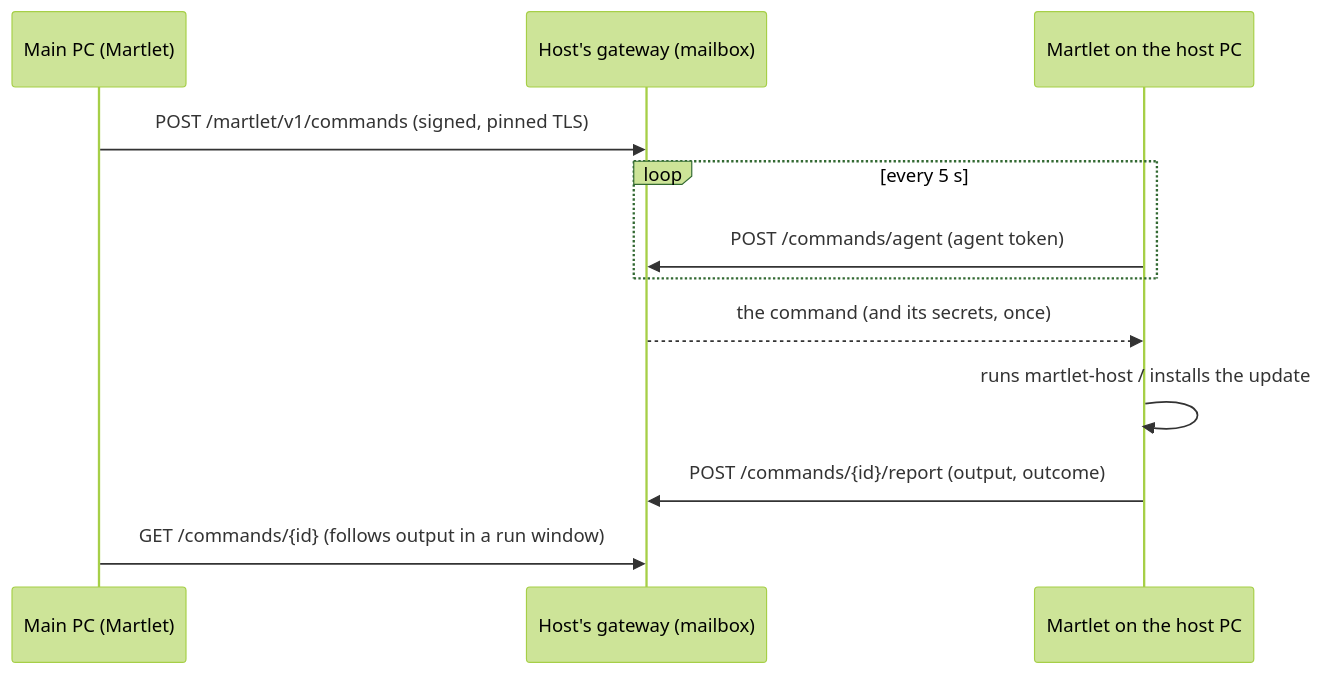
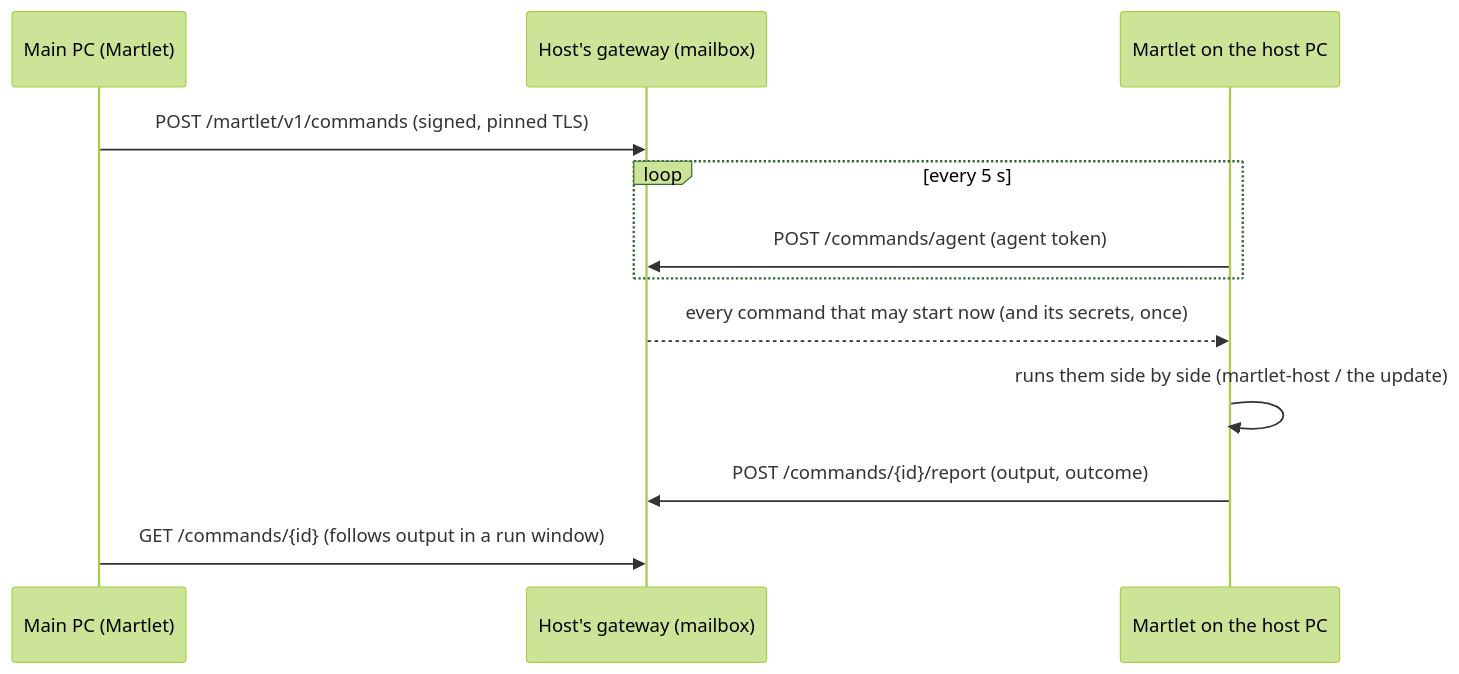
One commit to throndir2/Martlet changed the diagram in docs/CLUSTER.md. Above: the diagram before and after it, drawn with Mermaid (forest theme). The commit also changed other lines of this file and 18 other files, not shown here.

First line of the commit message:
Run host setups side by side instead of one at a time

````diff
--- a/docs/CLUSTER.md
+++ b/docs/CLUSTER.md
@@ -506,14 +506,14 @@
 ```mermaid
 sequenceDiagram
     participant Main as Main PC (Martlet)
     participant GW as Host's gateway (mailbox)
     participant Agent as Martlet on the host PC
     Main->>GW: POST /martlet/v1/commands (signed, pinned TLS)
     loop every 5 s
         Agent->>GW: POST /commands/agent (agent token)
     end
-    GW-->>Agent: the command (and its secrets, once)
-    Agent->>Agent: runs martlet-host / installs the update
+    GW-->>Agent: every command that may start now (and its secrets, once)
+    Agent->>Agent: runs them side by side (martlet-host / the update)
     Agent->>GW: POST /commands/{id}/report (output, outcome)
     Main->>GW: GET /commands/{id} (follows output in a run window)
 ```
````
